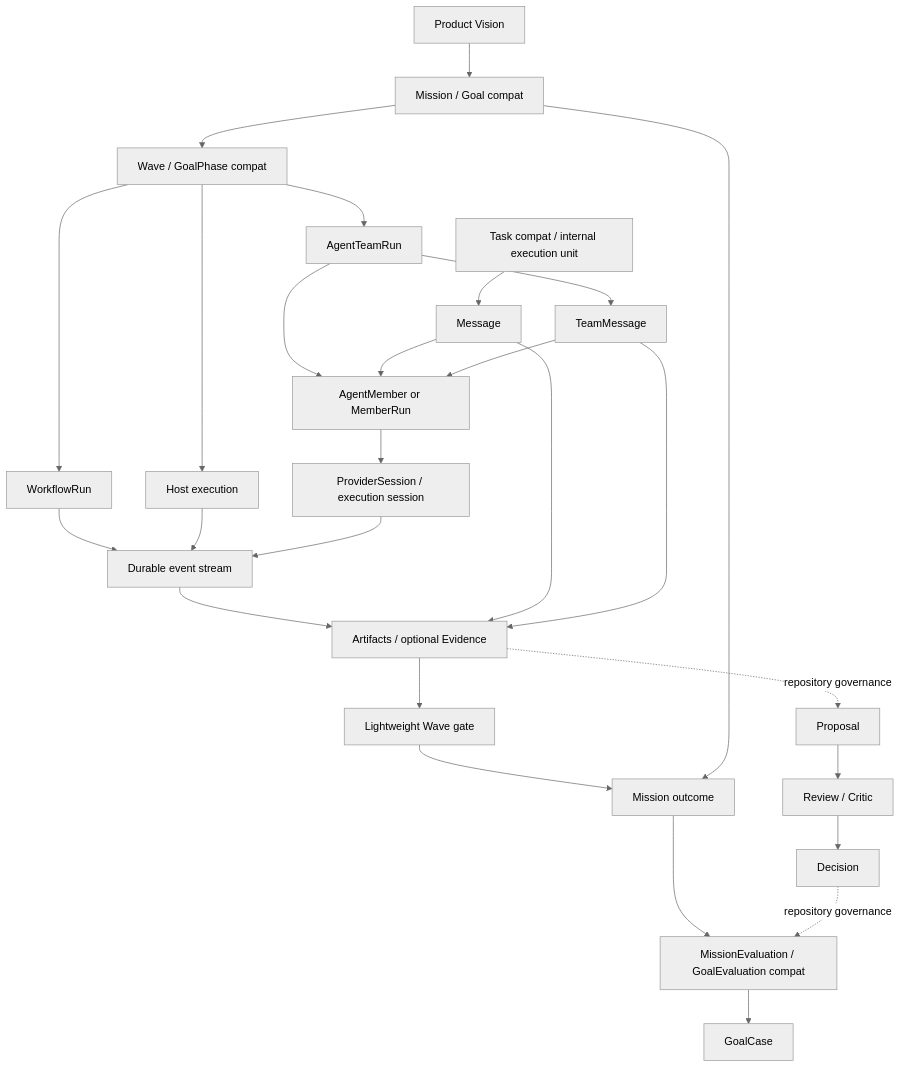
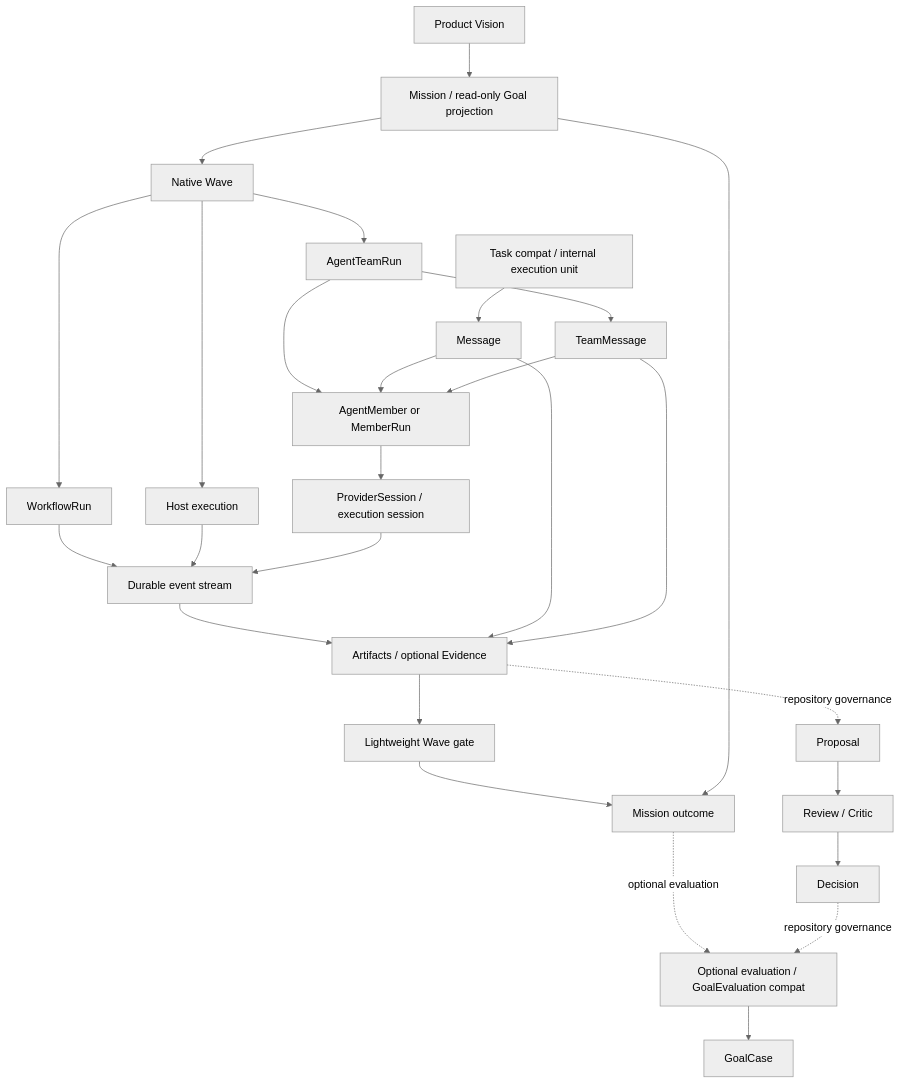
Before and after one commit to cyl19970726/multi-agent-harness: the diagram in docs/concept-model.md, drawn with Mermaid (neutral theme). The commit also changed other lines of this file and 37 other files, not shown here.

Commit message:
feat: add mission wave agent team foundation

````diff
--- a/docs/concept-model.md
+++ b/docs/concept-model.md
@@ -39,50 +40,50 @@
 ```mermaid
 flowchart TD
   Vision[Product Vision]
-  Mission[Mission / Goal compat]
-  Wave[Wave / GoalPhase compat]
+  Mission[Mission / read-only Goal projection]
+  Wave[Native Wave]
   TeamRun[AgentTeamRun]
   WorkflowRun[WorkflowRun]
   HostExec[Host execution]
   Task[Task compat / internal execution unit]
   Message[Message]
   TeamMessage[TeamMessage]
   Member[AgentMember or MemberRun]
   Provider[ProviderSession / execution session]
   Event[Durable event stream]
   Evidence[Artifacts / optional Evidence]
   Gate[Lightweight Wave gate]
   Outcome[Mission outcome]
   Proposal[Proposal]
   Review[Review / Critic]
   Decision[Decision]
-  Eval[MissionEvaluation / GoalEvaluation compat]
+  Eval[Optional evaluation / GoalEvaluation compat]
   Case[GoalCase]
 
   Vision --> Mission
   Mission --> Wave
   Wave --> TeamRun
   Wave --> WorkflowRun
   Wave --> HostExec
   TeamRun --> TeamMessage
   TeamRun --> Member
   WorkflowRun --> Event
   HostExec --> Event
   Task --> Message
   Message --> Member
   TeamMessage --> Member
   Member --> Provider
   Provider --> Event
   Event --> Evidence
   Message --> Evidence
   TeamMessage --> Evidence
   Evidence --> Gate
   Gate --> Outcome
   Mission --> Outcome
-  Outcome --> Eval
+  Outcome -. optional evaluation .-> Eval
   Evidence -. repository governance .-> Proposal
   Proposal --> Review
   Review --> Decision
   Decision -. repository governance .-> Eval
   Eval --> Case
 ```
````
